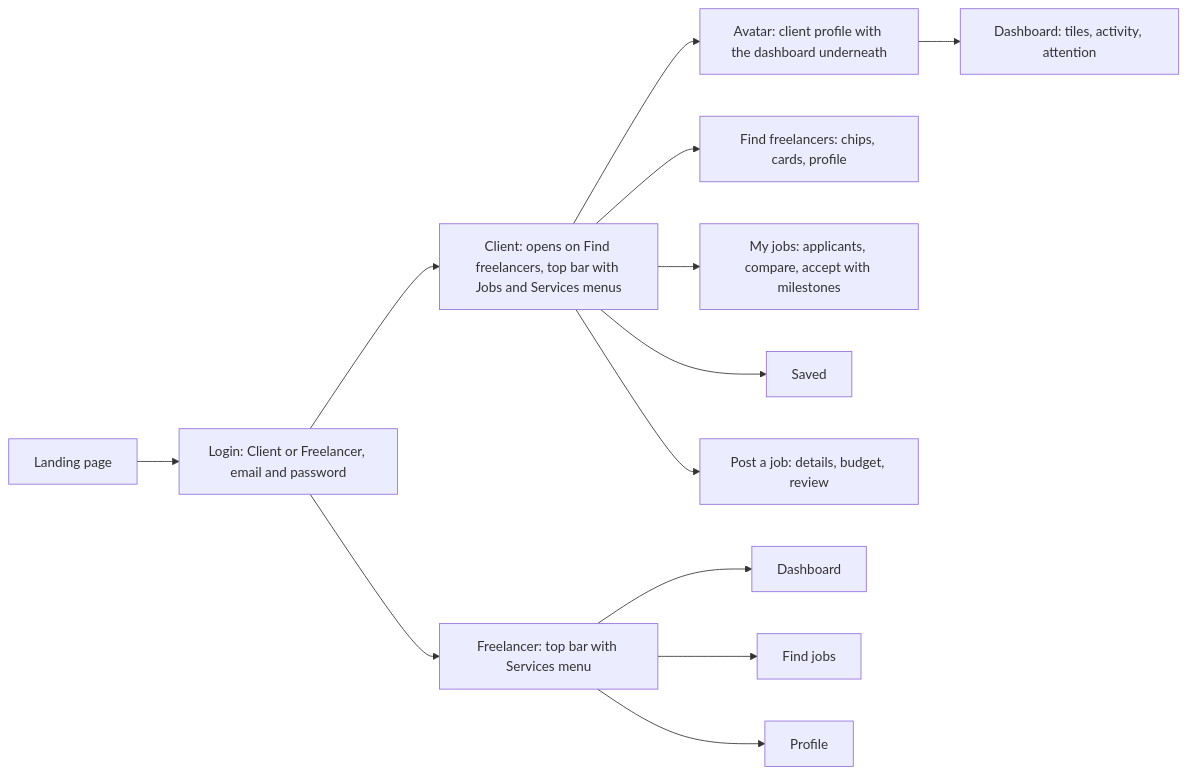
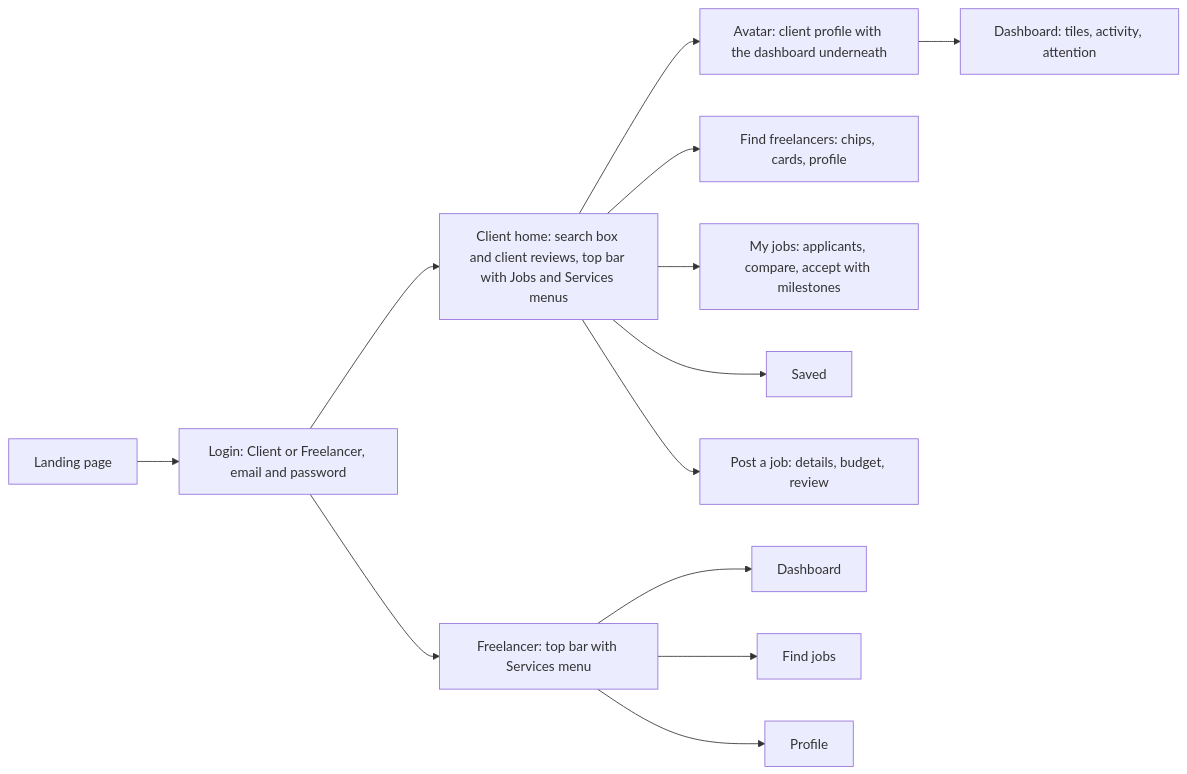
One commit to Krishnass05/fynd changed the ninth of 9 diagrams in flow.md. Above: the diagram before and after it, drawn with Mermaid. The commit also changed 5 other files, not shown here.

First line of the commit message:
Add a client home page with a centred search and moving review cards

````diff
--- a/flow.md
+++ b/flow.md
@@ -151,15 +151,15 @@
 ```mermaid
 flowchart LR
   L[Landing page] --> G[Login: Client or Freelancer, email and password]
-  G --> C[Client: opens on Find freelancers, top bar with Jobs and Services menus]
+  G --> C[Client home: search box and client reviews, top bar with Jobs and Services menus]
   C --> CP[Avatar: client profile with the dashboard underneath]
   G --> F[Freelancer: top bar with Services menu]
   CP --> C1[Dashboard: tiles, activity, attention]
   C --> C2[Find freelancers: chips, cards, profile]
   C --> C3[My jobs: applicants, compare, accept with milestones]
   C --> C4[Saved]
   C --> C5[Post a job: details, budget, review]
   F --> F1[Dashboard]
   F --> F2[Find jobs]
   F --> F3[Profile]
 ```
````
